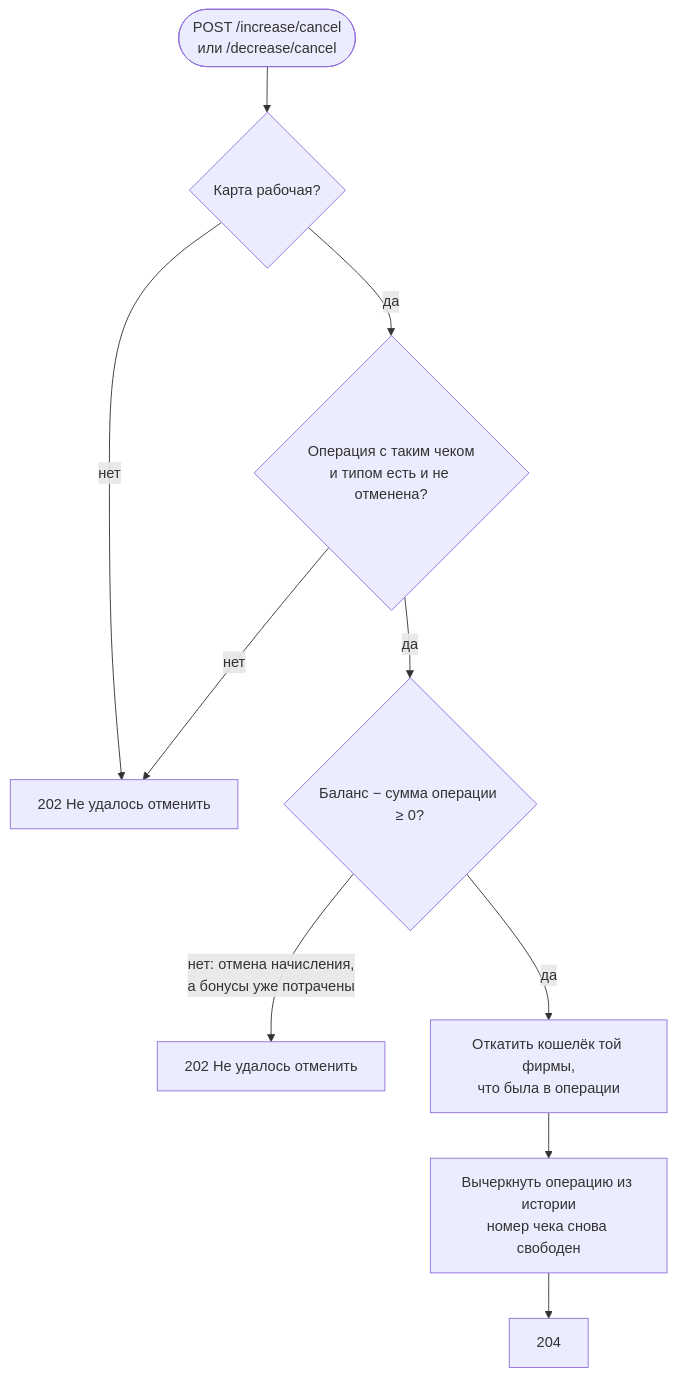
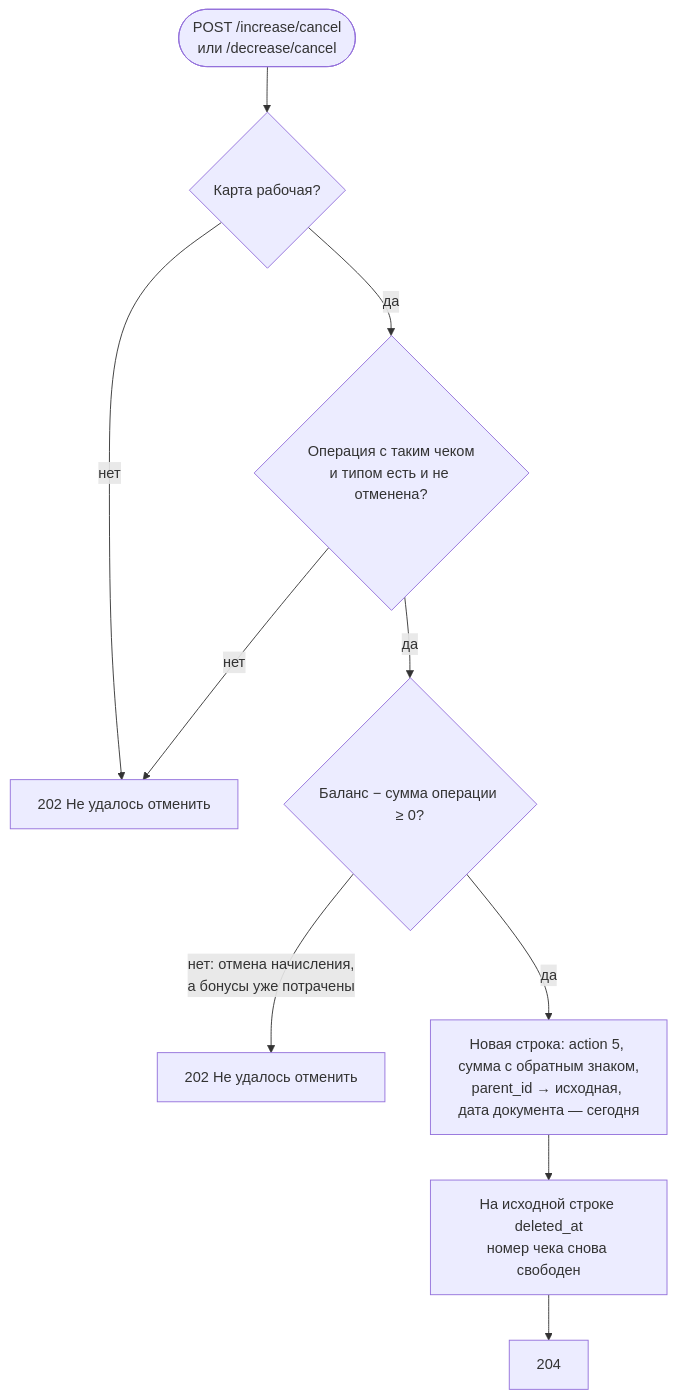
Before and after one commit to maltcevrg/apteka_api: the sixth of 9 diagrams in docs/10-shemy-operatsij.md, drawn with Mermaid. The commit also changed other lines of this file and 7 other files, not shown here.

````diff
--- a/docs/10-shemy-operatsij.md
+++ b/docs/10-shemy-operatsij.md
@@ -97,12 +94,12 @@
 ```mermaid
 flowchart TD
     A([POST /increase/cancel<br/>или /decrease/cancel]) --> B{Карта рабочая?}
     B -- нет --> B1[202 Не удалось отменить]
     B -- да --> C{Операция с таким чеком<br/>и типом есть и не отменена?}
     C -- нет --> B1
     C -- да --> D{Баланс − сумма операции ≥ 0?}
     D -- "нет: отмена начисления,<br/>а бонусы уже потрачены" --> D1[202 Не удалось отменить]
-    D -- да --> E[Откатить кошелёк той фирмы,<br/>что была в операции]
-    E --> F[Вычеркнуть операцию из истории<br/>номер чека снова свободен]
+    D -- да --> E[Новая строка: action 5, сумма с обратным знаком,<br/>parent_id → исходная, дата документа — сегодня]
+    E --> F[На исходной строке deleted_at<br/>номер чека снова свободен]
     F --> G[204]
 ```
````
